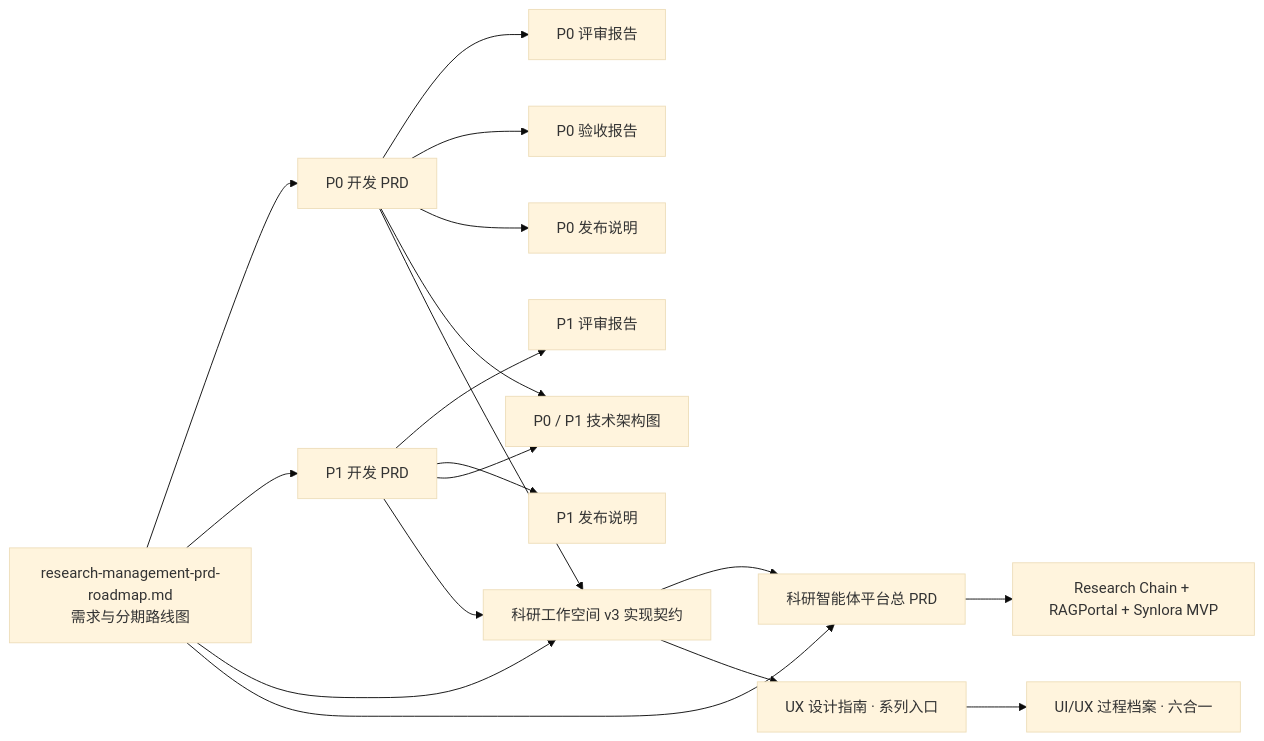
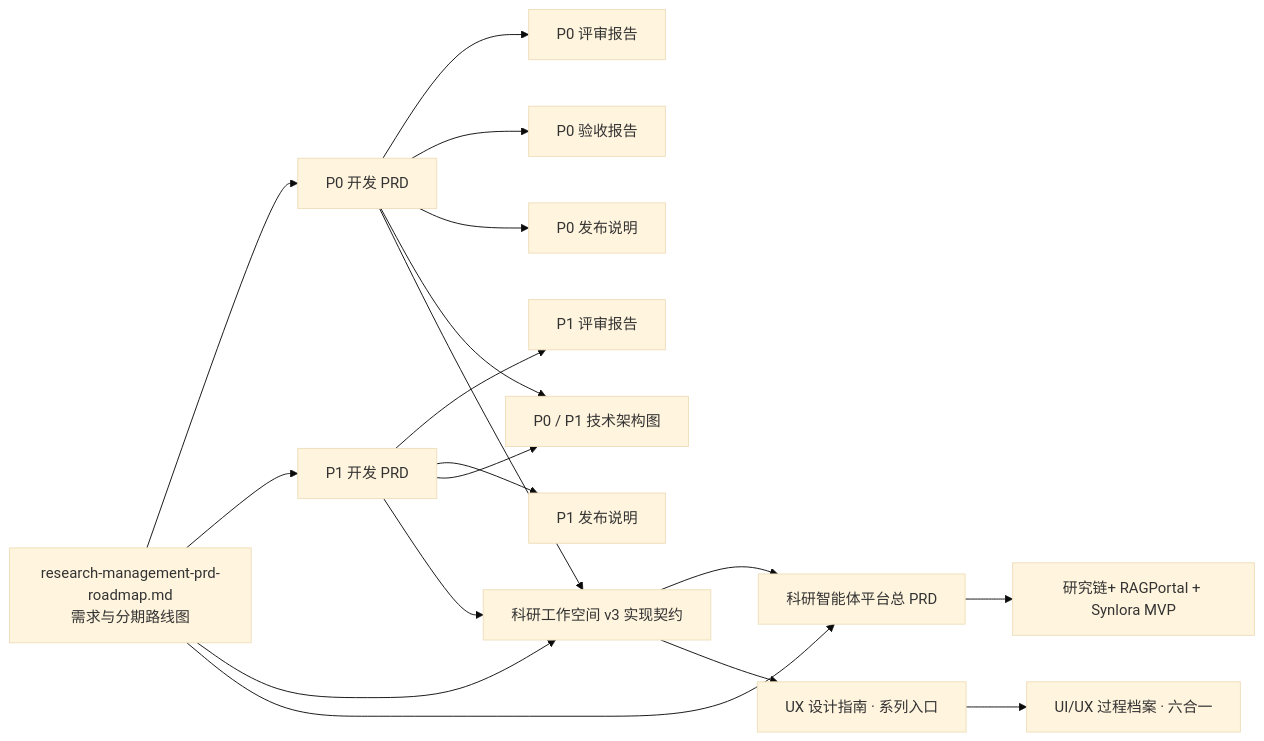
One commit to SynlysAI/plane changed the diagram in docs/README.md. Above: the diagram before and after it, drawn with Mermaid (base theme). The commit also changed other lines of this file and 8 other files, not shown here.

````diff
--- a/docs/README.md
+++ b/docs/README.md
@@ -45,20 +45,20 @@
 ```mermaid
 flowchart LR
     R[research-management-prd-roadmap.md<br/>需求与分期路线图] --> P0[P0 开发 PRD]
     R --> P1[P1 开发 PRD]
     P0 --> P0R[P0 评审报告]
     P1 --> P1R[P1 评审报告]
     P0 --> P0A[P0 验收报告]
     P0 --> P0N[P0 发布说明]
     P1 --> P1N[P1 发布说明]
     P0 --> ARCH[P0 / P1 技术架构图]
     P1 --> ARCH
     R --> V3[科研工作空间 v3 实现契约]
     P0 --> V3
     P1 --> V3
     R --> PLATFORM[科研智能体平台总 PRD]
     V3 --> PLATFORM
-    PLATFORM --> MVP[Research Chain + RAGPortal + Synlora MVP]
+    PLATFORM --> MVP[研究链+ RAGPortal + Synlora MVP]
     V3 --> GUIDE[UX 设计指南 · 系列入口]
     GUIDE --> ARCHIVE[UI/UX 过程档案 · 六合一]
 ```
````
